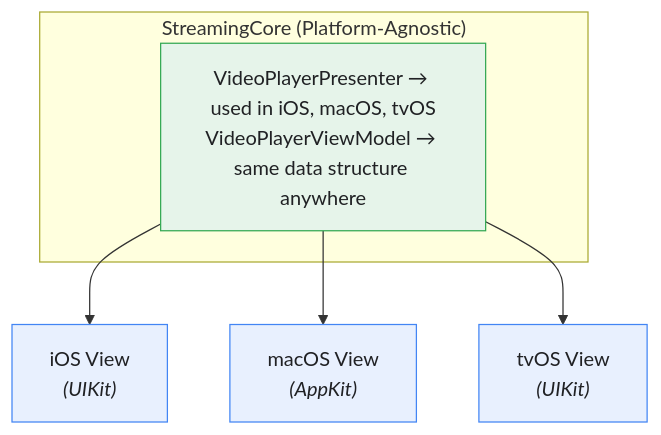
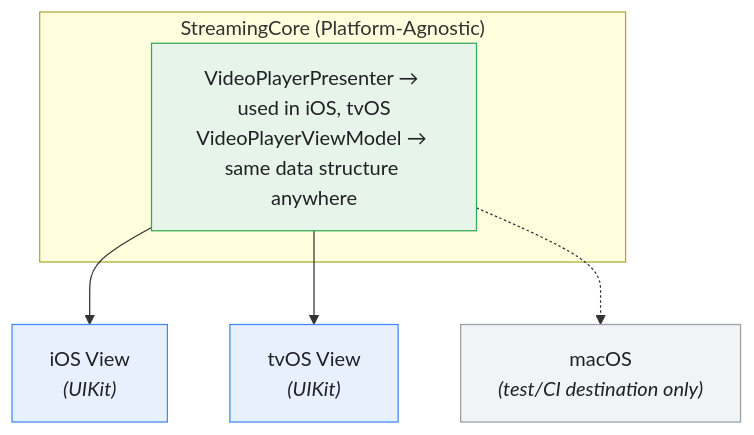
One commit to tattva20/StreamingVideoApp changed the third of 3 diagrams in docs/PRESENTERS-VIEWMODELS.md. Above: the diagram before and after it, drawn with Mermaid. The commit also changed other lines of this file and 43 other files, not shown here.

````diff
--- a/docs/PRESENTERS-VIEWMODELS.md
+++ b/docs/PRESENTERS-VIEWMODELS.md
@@ -501,14 +562,16 @@
 ```mermaid
 flowchart TB
     subgraph Core["StreamingCore (Platform-Agnostic)"]
-        P["VideoPlayerPresenter &rarr; used in iOS, macOS, tvOS<br/>VideoPlayerViewModel &rarr; same data structure anywhere"]
+        P["VideoPlayerPresenter &rarr; used in iOS, tvOS<br/>VideoPlayerViewModel &rarr; same data structure anywhere"]
     end
     P --> iOS["iOS View<br/><i>(UIKit)</i>"]
-    P --> macOS["macOS View<br/><i>(AppKit)</i>"]
     P --> tvOS["tvOS View<br/><i>(UIKit)</i>"]
+    P -.-> macOS["macOS<br/><i>(test/CI destination only)</i>"]
 
     classDef core fill:#e6f4ea,stroke:#34a853,color:#202124;
     classDef app fill:#e8f0fe,stroke:#4285f4,color:#202124;
+    classDef test fill:#f1f3f4,stroke:#9aa0a6,color:#202124;
     class P core;
-    class iOS,macOS,tvOS app;
+    class iOS,tvOS app;
+    class macOS test;
 ```
````
